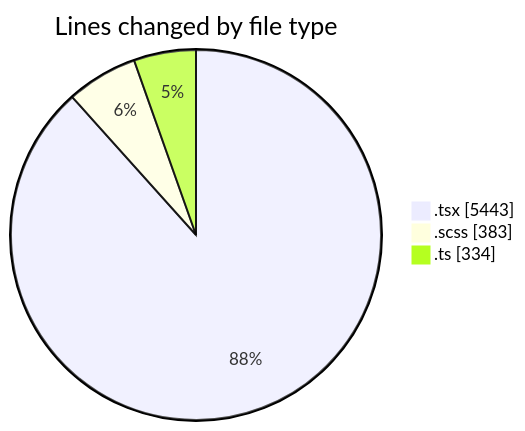
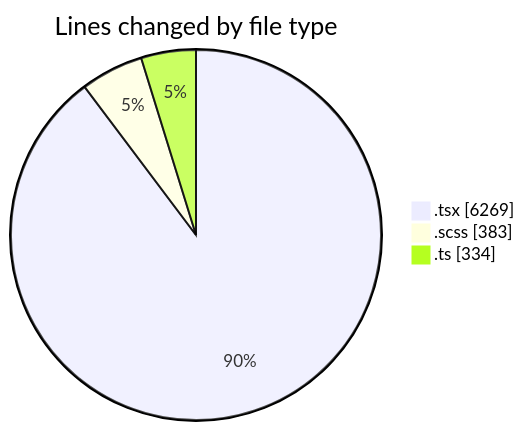
Before and after one commit to momahboobian/code-tracking: the first of 2 diagrams in 2025-07-03/cda/README.md, drawn with Mermaid. The commit also changed other lines of this file and 1 other file, not shown here.

````diff
--- a/2025-07-03/cda/README.md
+++ b/2025-07-03/cda/README.md
@@ -39,7 +40,7 @@
 ```mermaid
 pie showData
 title Lines changed by file type
-".tsx" : 5443
+".tsx" : 6269
 ".scss" : 383
 ".ts" : 334
 ```
````
